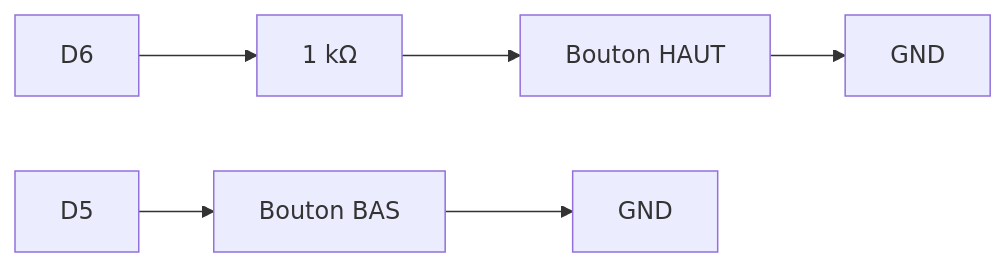
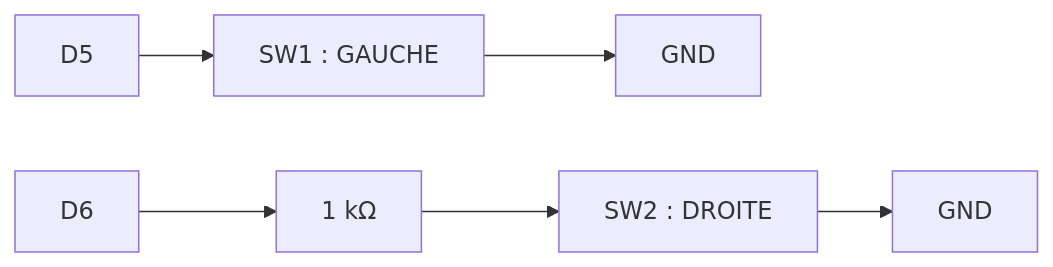
One commit to Makerspace-Amiens/doc.makerspace-amiens.fr changed the first of 2 diagrams in _workshops/microcontroleur/tutorials/entrees-boutons-joystick.md. Above: the diagram before and after it, drawn with Mermaid. The commit also changed other lines of this file and 5 other files, not shown here.

````diff
--- a/_workshops/microcontroleur/tutorials/entrees-boutons-joystick.md
+++ b/_workshops/microcontroleur/tutorials/entrees-boutons-joystick.md
@@ -94,5 +96,5 @@
 ```mermaid
 graph LR
-  D6["D6"] --> R["1 kΩ"] --> BH["Bouton HAUT"] --> GND1["GND"]
-  D5["D5"] --> BB["Bouton BAS"] --> GND2["GND"]
+  D5["D5"] --> SW1["SW1 : GAUCHE"] --> GND1["GND"]
+  D6["D6"] --> R["1 kΩ"] --> SW2["SW2 : DROITE"] --> GND2["GND"]
 ```
````
